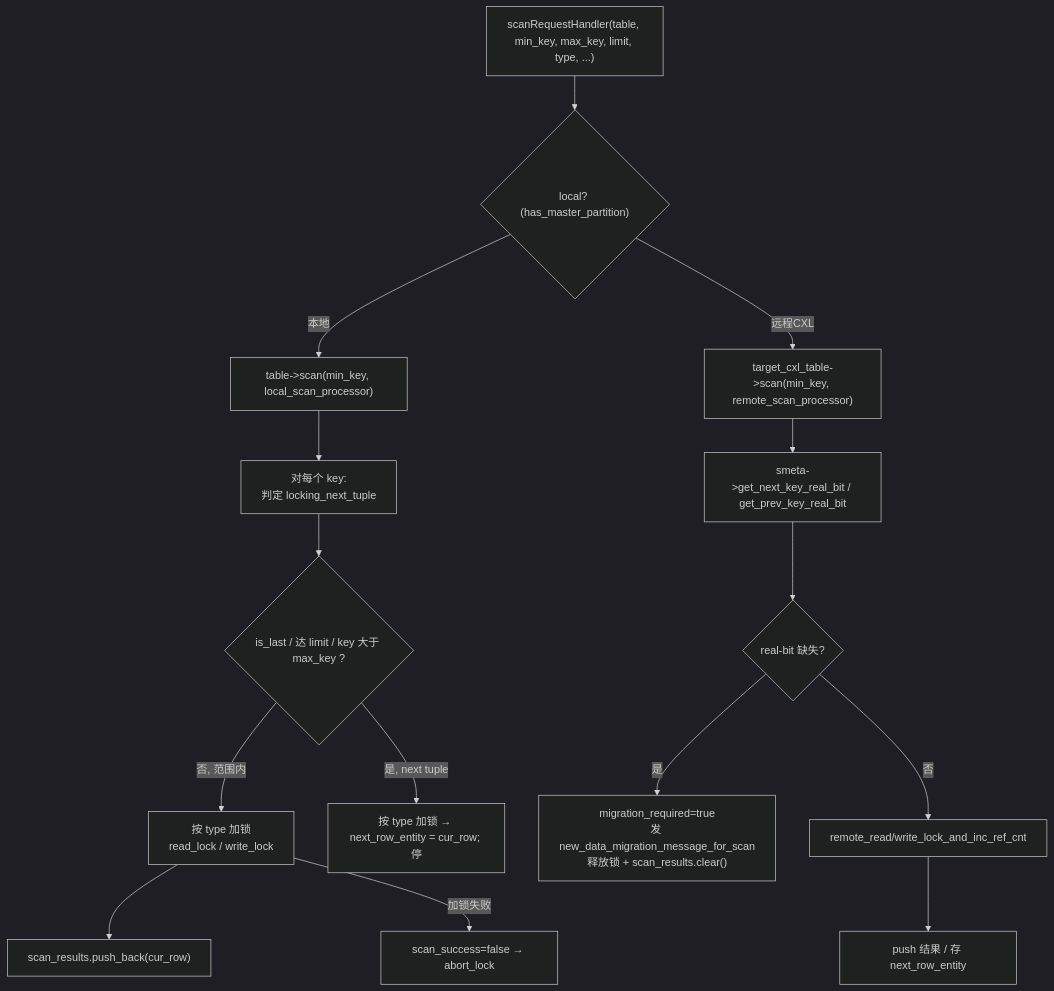
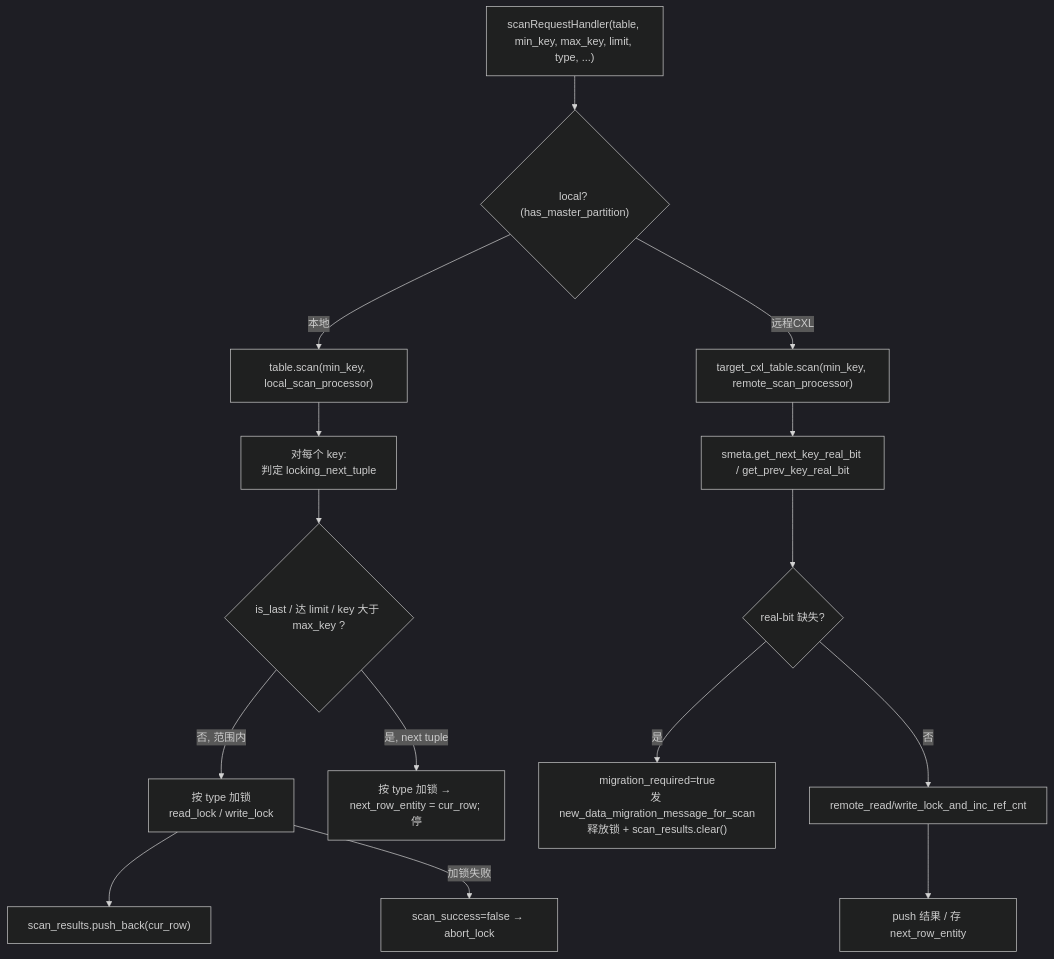
Diagram 13 of 16 in docs/SPEC_COMMIT_FLOW.md (solutive-player/tigon), drawn with Mermaid (dark theme) before and after one commit. The commit also changed other lines of this file, not shown here.

First line of the commit message:
docs: fix mermaid arrow-token parse errors in SPEC diagrams

````diff
--- a/docs/SPEC_COMMIT_FLOW.md
+++ b/docs/SPEC_COMMIT_FLOW.md
@@ -923,19 +923,19 @@
 ```mermaid
 flowchart TD
     S["scanRequestHandler(table, min_key, max_key, limit, type, ...)"] --> B{"local? (has_master_partition)"}
-    B -->|本地| L["table->scan(min_key, local_scan_processor)"]
-    B -->|远程CXL| R["target_cxl_table->scan(min_key, remote_scan_processor)"]
+    B -->|本地| L["table.scan(min_key, local_scan_processor)"]
+    B -->|远程CXL| R["target_cxl_table.scan(min_key, remote_scan_processor)"]
 
     L --> LP["对每个 key:<br/>判定 locking_next_tuple"]
     LP --> LL{"is_last / 达 limit / key 大于 max_key ?"}
     LL -->|否, 范围内| LK["按 type 加锁<br/>read_lock / write_lock"]
     LK --> LPush["scan_results.push_back(cur_row)"]
     LL -->|是, next tuple| LN["按 type 加锁 → next_row_entity = cur_row; 停"]
     LK -->|加锁失败| LF["scan_success=false → abort_lock"]
 
-    R --> RC["smeta->get_next_key_real_bit / get_prev_key_real_bit"]
+    R --> RC["smeta.get_next_key_real_bit / get_prev_key_real_bit"]
     RC --> RM{"real-bit 缺失?"}
     RM -->|是| RMig["migration_required=true<br/>发 new_data_migration_message_for_scan<br/>释放锁 + scan_results.clear()"]
     RM -->|否| RK["remote_read/write_lock_and_inc_ref_cnt"]
     RK --> RPush["push 结果 / 存 next_row_entity"]
 ```
````
